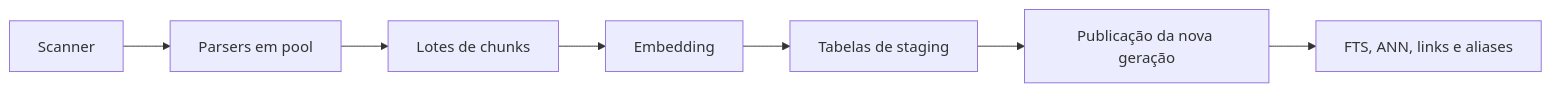
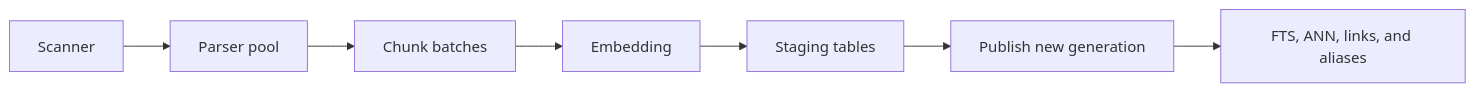
Before and after one commit to everton-dgn/vault-search-mcp: the diagram in docs/performance/indexing.md, drawn with Mermaid. The commit also changed other lines of this file and 200 other files, not shown here.

````diff
--- a/docs/performance/indexing.md
+++ b/docs/performance/indexing.md
@@ -5,9 +5,9 @@
 ```mermaid
 flowchart LR
-    Scan[Scanner] --> Parse[Parsers em pool]
-    Parse --> Batch[Lotes de chunks]
+    Scan[Scanner] --> Parse[Parser pool]
+    Parse --> Batch[Chunk batches]
     Batch --> Embed[Embedding]
-    Embed --> Stage[Tabelas de staging]
-    Stage --> Commit[Publicação da nova geração]
-    Commit --> Aux[FTS, ANN, links e aliases]
+    Embed --> Stage[Staging tables]
+    Stage --> Commit[Publish new generation]
+    Commit --> Aux[FTS, ANN, links, and aliases]
 ```
````
